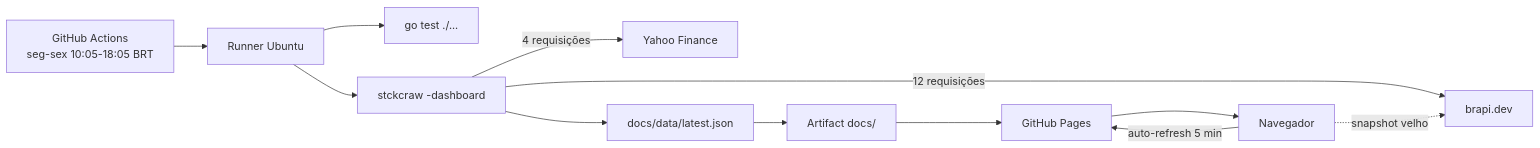
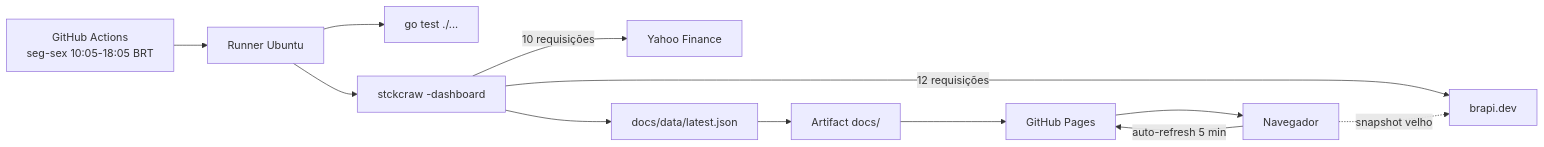
One commit to fabianoflorentino/stckcraw changed the diagram in README.md. Above: the diagram before and after it, drawn with Mermaid. The commit also changed other lines of this file and 6 other files, not shown here.

````diff
--- a/README.md
+++ b/README.md
@@ -30,14 +31,14 @@
 ```mermaid
 flowchart LR
   cron["GitHub Actions<br/>seg-sex 10:05-18:05 BRT"] --> runner["Runner Ubuntu"]
   runner --> test["go test ./..."]
   runner --> crawler["stckcraw -dashboard"]
   crawler -->|12 requisições| brapi["brapi.dev"]
-  crawler -->|4 requisições| yahoo["Yahoo Finance"]
+  crawler -->|10 requisições| yahoo["Yahoo Finance"]
   crawler --> json["docs/data/latest.json"]
   json --> artifact["Artifact docs/"]
   artifact --> pages["GitHub Pages"]
   pages --> user["Navegador"]
   user -->|auto-refresh 5 min| pages
   user -.->|snapshot velho| brapi
 ```
````
